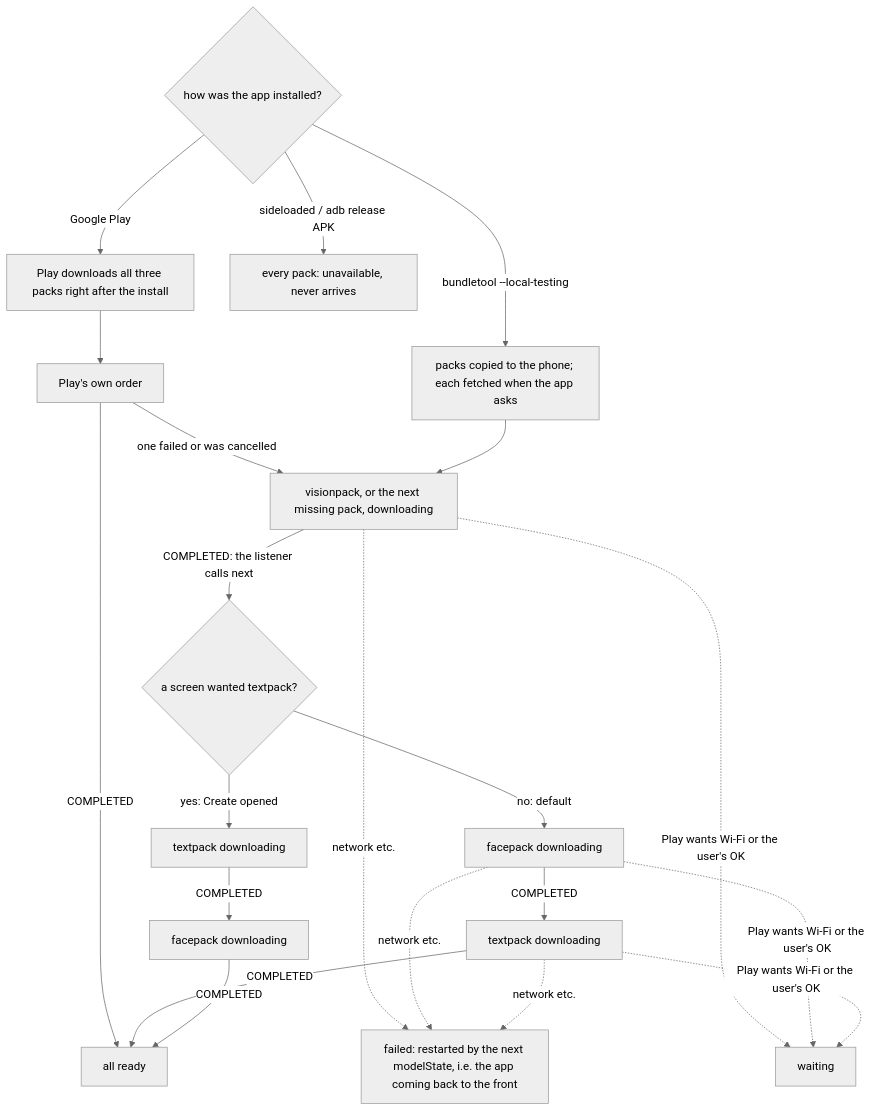
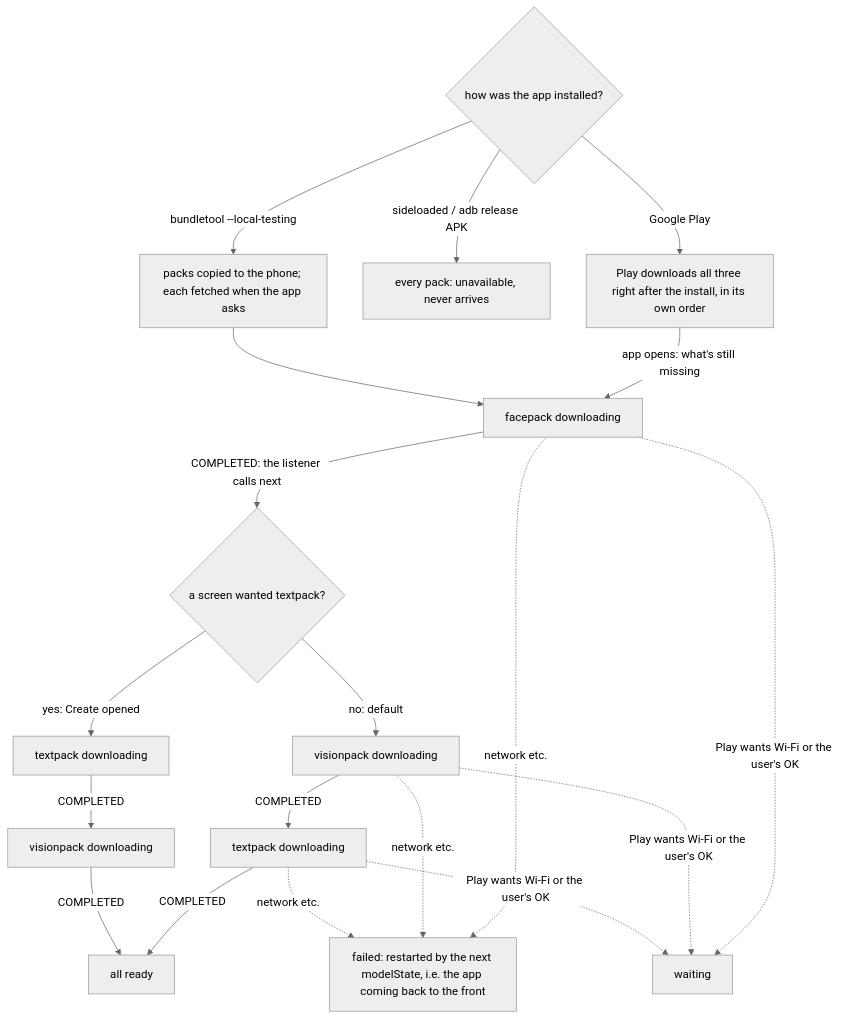
The first of 2 diagrams in MODELS.md (kerembay9/daydump-app), drawn with Mermaid (neutral theme) before and after one commit. The commit also changed other lines of this file and 9 other files, not shown here.

First line of the commit message:
Asset packs: the app fetches missing packs faces first (onboarding's selfie step needs it), then vision, then text; the unavailable card shows Play's error code

````diff
--- a/MODELS.md
+++ b/MODELS.md
@@ -49,17 +52,16 @@
 ```mermaid
 flowchart TD
-  INST{how was the app installed?} -->|Google Play| FF[Play downloads all three packs right after the install]
+  INST{how was the app installed?} -->|Google Play| FF[Play downloads all three right after the install, in its own order]
   INST -->|sideloaded / adb release APK| UNAV[every pack: unavailable, never arrives]
   INST -->|bundletool --local-testing| LT[packs copied to the phone; each fetched when the app asks]
-  FF --> PLAY[Play's own order] -->|one failed or was cancelled| V[visionpack, or the next missing pack, downloading]
-  PLAY -->|COMPLETED| DONE
-  LT --> V
-  V -->|COMPLETED: the listener calls next| W{a screen wanted textpack?}
-  W -->|no: default| F[facepack downloading]
+  FF -->|app opens: what's still missing| F
+  LT --> F[facepack downloading]
+  F -->|COMPLETED: the listener calls next| W{a screen wanted textpack?}
+  W -->|no: default| V[visionpack downloading]
   W -->|yes: Create opened| T2[textpack downloading]
-  F -->|COMPLETED| T[textpack downloading]
-  T2 -->|COMPLETED| F2[facepack downloading]
-  T & F2 -->|COMPLETED| DONE[all ready]
-  V & F & T -.->|network etc.| FAILED[failed: restarted by the next modelState, i.e. the app coming back to the front]
-  V & F & T -.->|Play wants Wi-Fi or the user's OK| WAIT[waiting]
+  V -->|COMPLETED| T[textpack downloading]
+  T2 -->|COMPLETED| V2[visionpack downloading]
+  T & V2 -->|COMPLETED| DONE[all ready]
+  F & V & T -.->|network etc.| FAILED[failed: restarted by the next modelState, i.e. the app coming back to the front]
+  F & V & T -.->|Play wants Wi-Fi or the user's OK| WAIT[waiting]
 ```
````
